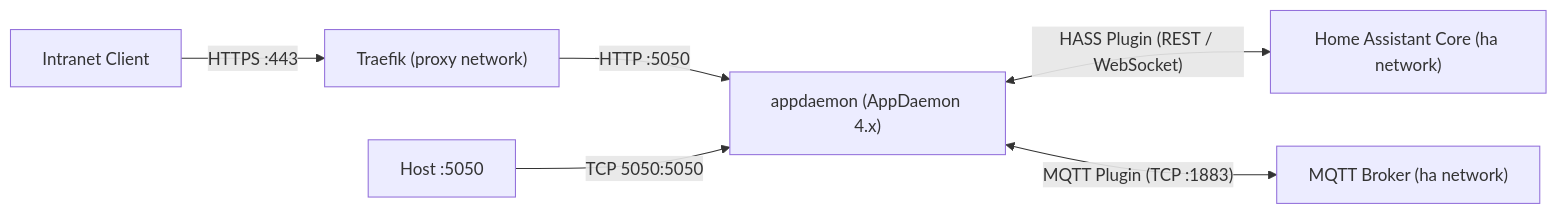
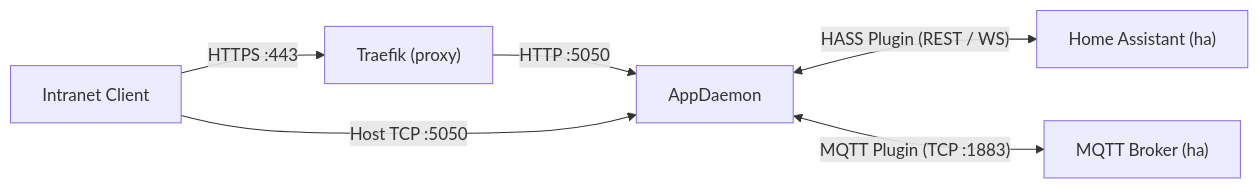
Before and after one commit to lbarczynski-home-lab/ha-appdaemon: the diagram in README.md, drawn with Mermaid. The commit also changed other lines of this file, not shown here.

Commit message:
docs(appdaemon): slim README to focus on architecture and decisions

````diff
--- a/README.md
+++ b/README.md
@@ -21,8 +19,8 @@
 ```mermaid
 flowchart LR
-    Client["Intranet Client"] -->|"HTTPS :443"| Traefik["Traefik (proxy network)"]
-    Traefik -->|"HTTP :5050"| AppDaemon["appdaemon (AppDaemon 4.x)"]
-    HostPort["Host :5050"] -->|"TCP 5050:5050"| AppDaemon
-    AppDaemon <-->|"HASS Plugin (REST / WebSocket)"| HA["Home Assistant Core (ha network)"]
-    AppDaemon <-->|"MQTT Plugin (TCP :1883)"| MQTT["MQTT Broker (ha network)"]
+    Client["Intranet Client"] -->|"HTTPS :443"| Traefik["Traefik (proxy)"]
+    Traefik -->|"HTTP :5050"| AppDaemon["AppDaemon"]
+    Client -->|"Host TCP :5050"| AppDaemon
+    AppDaemon <-->|"HASS Plugin (REST / WS)"| HA["Home Assistant (ha)"]
+    AppDaemon <-->|"MQTT Plugin (TCP :1883)"| MQTT["MQTT Broker (ha)"]
 ```
````
